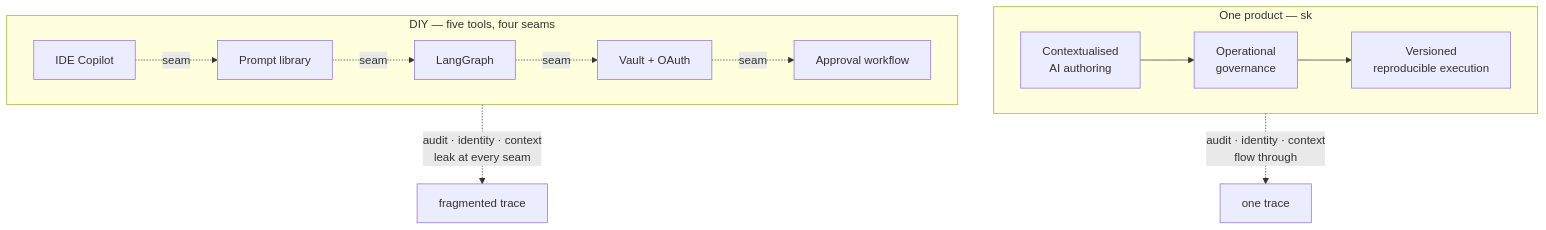
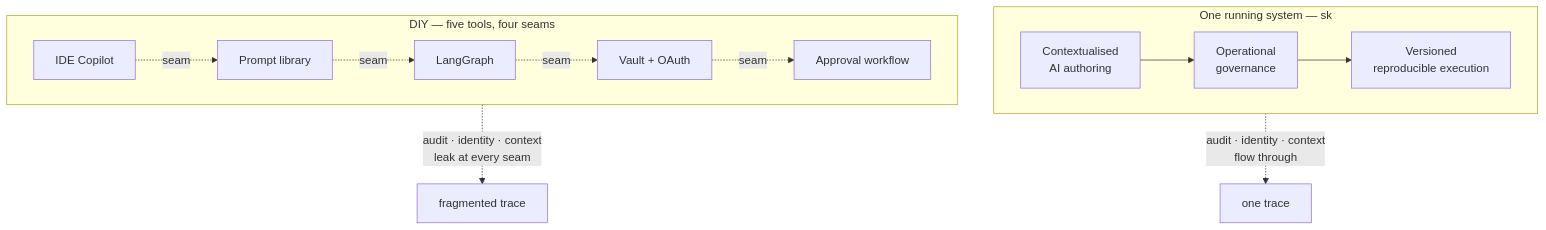
The second of 3 diagrams in docs/positioning.md (MikeBild/subkit), drawn with Mermaid before and after one commit. The commit also changed other lines of this file and 10 other files, not shown here.

````diff
--- a/docs/positioning.md
+++ b/docs/positioning.md
@@ -57,17 +57,17 @@
 ```mermaid
 flowchart TB
-    subgraph sk["One product — sk"]
+    subgraph sk["One running system — sk"]
         A1["Contextualised<br/>AI authoring"]
         A2["Operational<br/>governance"]
         A3["Versioned<br/>reproducible execution"]
         A1 --> A2 --> A3
     end
     subgraph diy["DIY — five tools, four seams"]
         B1["IDE Copilot"] -. seam .-> B2["Prompt library"]
         B2 -. seam .-> B3["LangGraph"]
         B3 -. seam .-> B4["Vault + OAuth"]
         B4 -. seam .-> B5["Approval workflow"]
     end
     sk -. "audit · identity · context<br/>flow through" .-> done["one trace"]
     diy -. "audit · identity · context<br/>leak at every seam" .-> lost["fragmented trace"]
 ```
````
